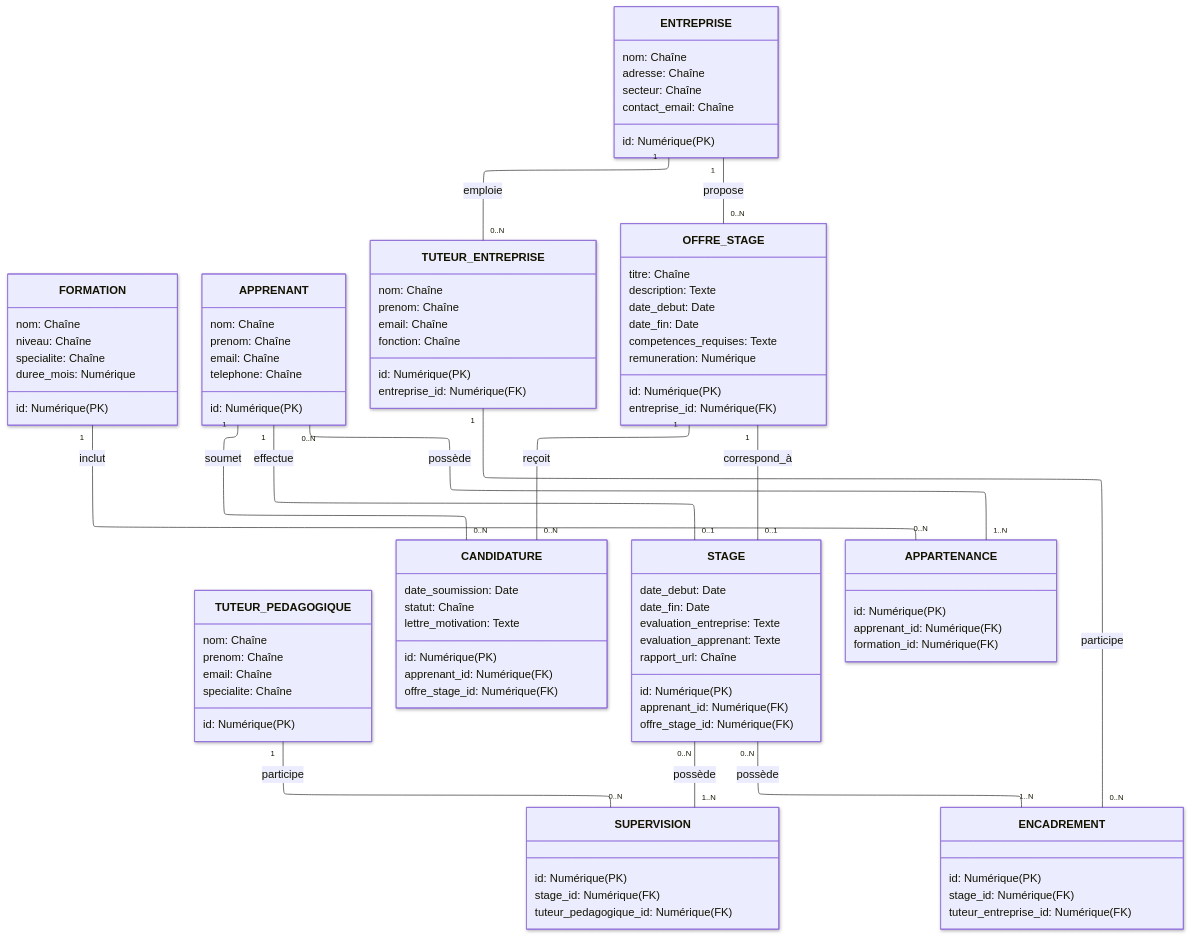
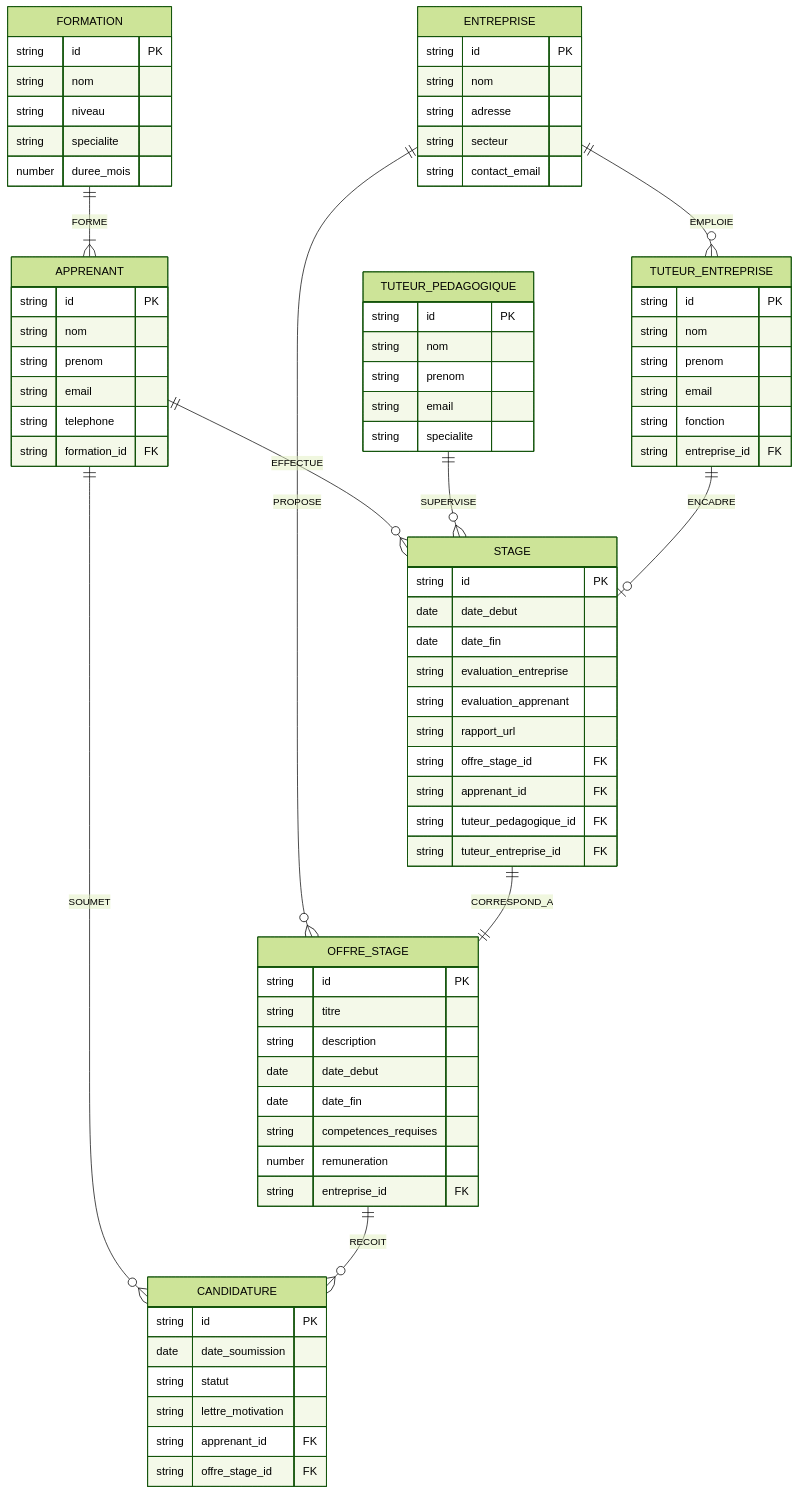
One commit to EFP-DEV/1-X75-LDB changed the diagram in more/MERISE_MLD.mermaid. Above: the diagram before and after it, drawn with Mermaid. The commit also changed 2 other files, not shown here.

Commit message:
Refactor MERISE MLD diagram

```diff
--- a/more/MERISE_MLD.mermaid
+++ b/more/MERISE_MLD.mermaid
@@ -1,99 +1,81 @@
 ---
 config:
-  layout: elk
-  look: neo
-  theme: mc
+  theme: forest
 ---
-classDiagram
-direction TB
-    class FORMATION {
-	    nom: Chaîne
-	    niveau: Chaîne
-	    specialite: Chaîne
-	    duree_mois: Numérique
-	    id: Numérique(PK)
+erDiagram
+    APPRENANT {
+        string id PK
+        string nom
+        string prenom
+        string email
+        string telephone
+        string formation_id FK
     }
-    class APPRENANT {
-	    nom: Chaîne
-	    prenom: Chaîne
-	    email: Chaîne
-	    telephone: Chaîne
-	    id: Numérique(PK)
+    ENTREPRISE {
+        string id PK
+        string nom
+        string adresse
+        string secteur
+        string contact_email
     }
-    class ENTREPRISE {
-	    nom: Chaîne
-	    adresse: Chaîne
-	    secteur: Chaîne
-	    contact_email: Chaîne
-	    id: Numérique(PK)
+    OFFRE_STAGE {
+        string id PK
+        string titre
+        string description
+        date date_debut
+        date date_fin
+        string competences_requises
+        number remuneration
+        string entreprise_id FK
     }
-    class TUTEUR_PEDAGOGIQUE {
-	    nom: Chaîne
-	    prenom: Chaîne
-	    email: Chaîne
-	    specialite: Chaîne
-	    id: Numérique(PK)
+    CANDIDATURE {
+        string id PK
+        date date_soumission
+        string statut
+        string lettre_motivation
+        string apprenant_id FK
+        string offre_stage_id FK
     }
-    class TUTEUR_ENTREPRISE {
-	    nom: Chaîne
-	    prenom: Chaîne
-	    email: Chaîne
-	    fonction: Chaîne
-	    id: Numérique(PK)
-	    entreprise_id: Numérique(FK)
+    STAGE {
+        string id PK
+        date date_debut
+        date date_fin
+        string evaluation_entreprise
+        string evaluation_apprenant
+        string rapport_url
+        string offre_stage_id FK
+        string apprenant_id FK
+        string tuteur_pedagogique_id FK
+        string tuteur_entreprise_id FK
     }
-    class OFFRE_STAGE {
-	    titre: Chaîne
-	    description: Texte
-	    date_debut: Date
-	    date_fin: Date
-	    competences_requises: Texte
-	    remuneration: Numérique
-	    id: Numérique(PK)
-	    entreprise_id: Numérique(FK)
+    TUTEUR_PEDAGOGIQUE {
+        string id PK
+        string nom
+        string prenom
+        string email
+        string specialite
     }
-    class CANDIDATURE {
-	    date_soumission: Date
-	    statut: Chaîne
-	    lettre_motivation: Texte
-	    id: Numérique(PK)
-	    apprenant_id: Numérique(FK)
-	    offre_stage_id: Numérique(FK)
+    TUTEUR_ENTREPRISE {
+        string id PK
+        string nom
+        string prenom
+        string email
+        string fonction
+        string entreprise_id FK
     }
-    class STAGE {
-	    date_debut: Date
-	    date_fin: Date
-	    evaluation_entreprise: Texte
-	    evaluation_apprenant: Texte
-	    rapport_url: Chaîne
-	    id: Numérique(PK)
-	    apprenant_id: Numérique(FK)
-	    offre_stage_id: Numérique(FK)
+    FORMATION {
+        string id PK
+        string nom
+        string niveau
+        string specialite
+        number duree_mois
     }
-    class SUPERVISION {
-	    id: Numérique(PK)
-	    stage_id: Numérique(FK)
-	    tuteur_pedagogique_id: Numérique(FK)
-    }
-    class ENCADREMENT {
-	    id: Numérique(PK)
-	    stage_id: Numérique(FK)
-	    tuteur_entreprise_id: Numérique(FK)
-    }
-    class APPARTENANCE {
-	    id: Numérique(PK)
-	    apprenant_id: Numérique(FK)
-	    formation_id: Numérique(FK)
-    }
-    ENTREPRISE "1" -- "0..N" TUTEUR_ENTREPRISE : emploie
-    ENTREPRISE "1" -- "0..N" OFFRE_STAGE : propose
-    APPRENANT "1" -- "0..N" CANDIDATURE : soumet
-    OFFRE_STAGE "1" -- "0..N" CANDIDATURE : reçoit
-    APPRENANT "1" -- "0..1" STAGE : effectue
-    OFFRE_STAGE "1" -- "0..1" STAGE : correspond_à
-    STAGE "0..N" -- "1..N" SUPERVISION : possède
-    TUTEUR_PEDAGOGIQUE "1" -- "0..N" SUPERVISION : participe
-    STAGE "0..N" -- "1..N" ENCADREMENT : possède
-    TUTEUR_ENTREPRISE "1" -- "0..N" ENCADREMENT : participe
-    APPRENANT "0..N" -- "1..N" APPARTENANCE : possède
-    FORMATION "1" -- "0..N" APPARTENANCE : inclut
+    FORMATION ||--|{ APPRENANT : "FORME"
+    APPRENANT ||--o{ STAGE : "EFFECTUE"
+    APPRENANT ||--o{ CANDIDATURE : "SOUMET"
+    ENTREPRISE ||--o{ OFFRE_STAGE : "PROPOSE"
+    OFFRE_STAGE ||--o{ CANDIDATURE : "RECOIT"
+    STAGE ||--|| OFFRE_STAGE : "CORRESPOND_A"
+    TUTEUR_PEDAGOGIQUE ||--o{ STAGE : "SUPERVISE"
+    TUTEUR_ENTREPRISE ||--o| STAGE : "ENCADRE"
+    ENTREPRISE ||--o{ TUTEUR_ENTREPRISE : "EMPLOIE"
```
